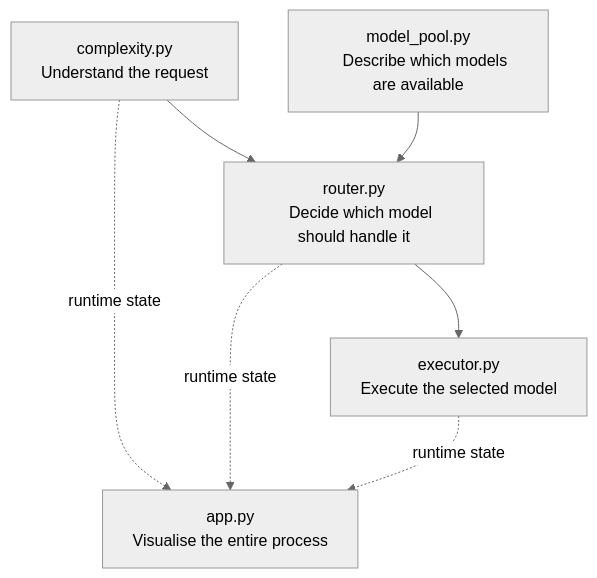
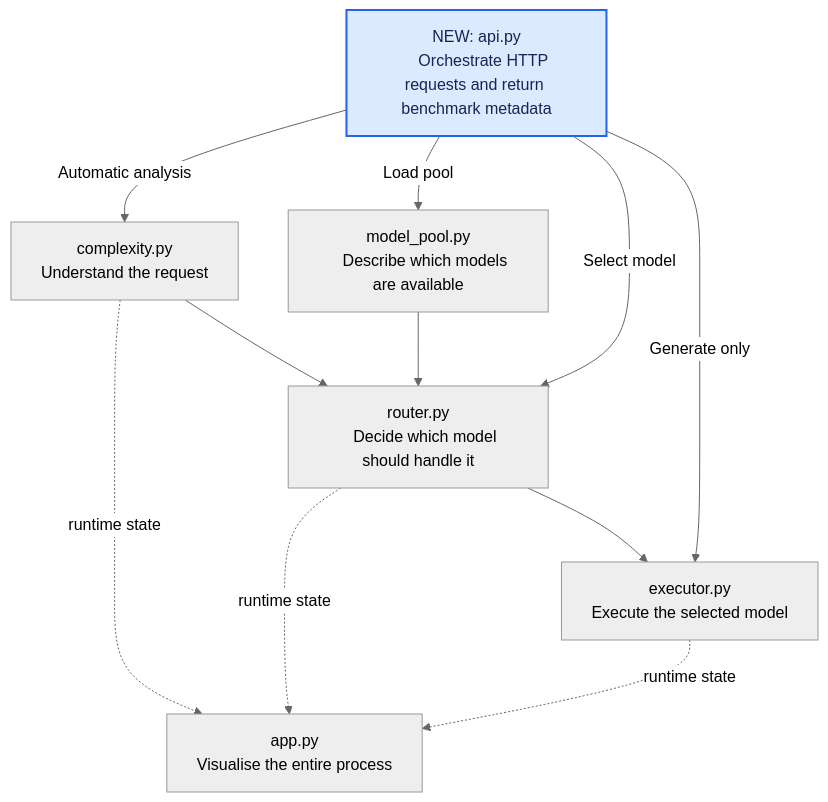
The fifth of 5 diagrams in docs/Prototype_architecture.md (emrailklmin/Lonn), drawn with Mermaid (neutral theme) before and after one commit. The commit also changed other lines of this file and 14 other files, not shown here.

````diff
--- a/docs/Prototype_architecture.md
+++ b/docs/Prototype_architecture.md
@@ -544,31 +495,40 @@
 ```mermaid
 flowchart TB
 
     A["complexity.py
     Understand the request"]
 
     B["router.py
     Decide which model should handle it"]
 
     C["model_pool.py
     Describe which models are available"]
 
     D["executor.py
     Execute the selected model"]
 
     E["app.py
     Visualise the entire process"]
 
+    F["NEW: api.py
+    Orchestrate HTTP requests and return benchmark metadata"]
 
     A --> B
 
     C --> B
 
     B --> D
 
     A -.runtime state.-> E
 
     B -.runtime state.-> E
 
     D -.runtime state.-> E
+
+    F -->|"Automatic analysis"| A
+    F -->|"Load pool"| C
+    F -->|"Select model"| B
+    F -->|"Generate only"| D
+    classDef added fill:#dbeafe,stroke:#2563eb,stroke-width:2px,color:#172554
+    class F added
 ```
````
